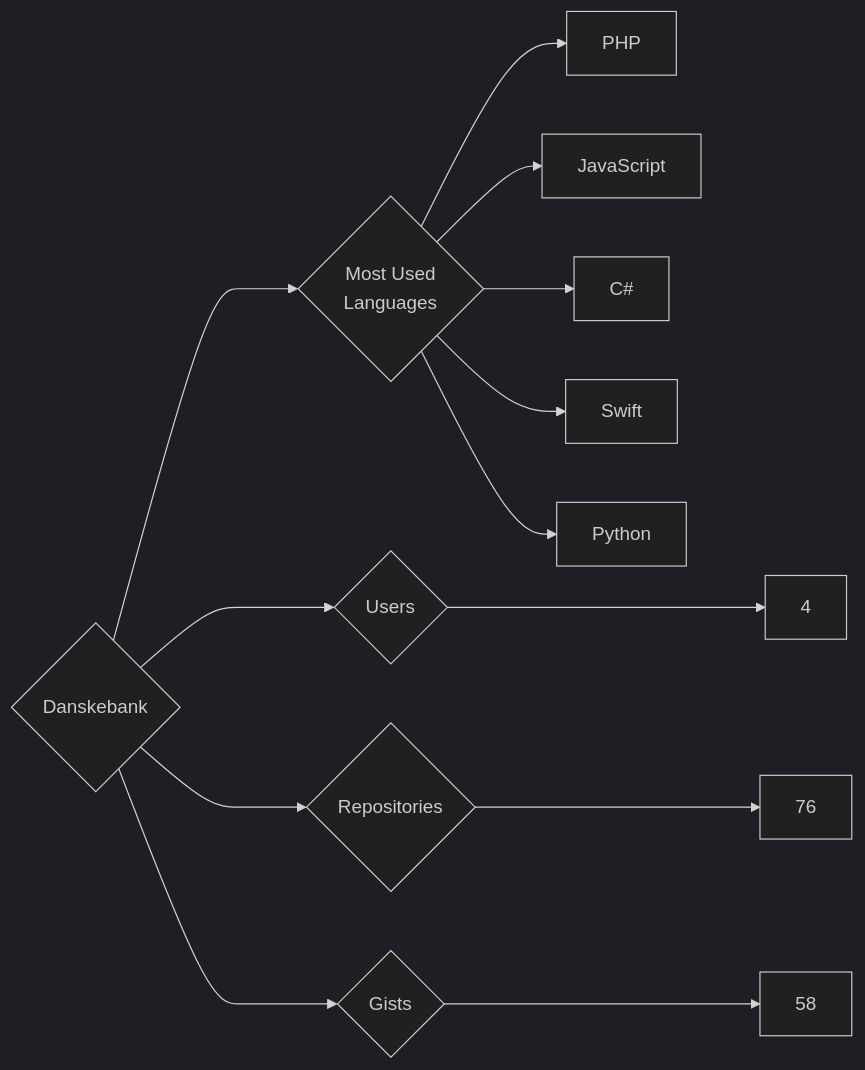
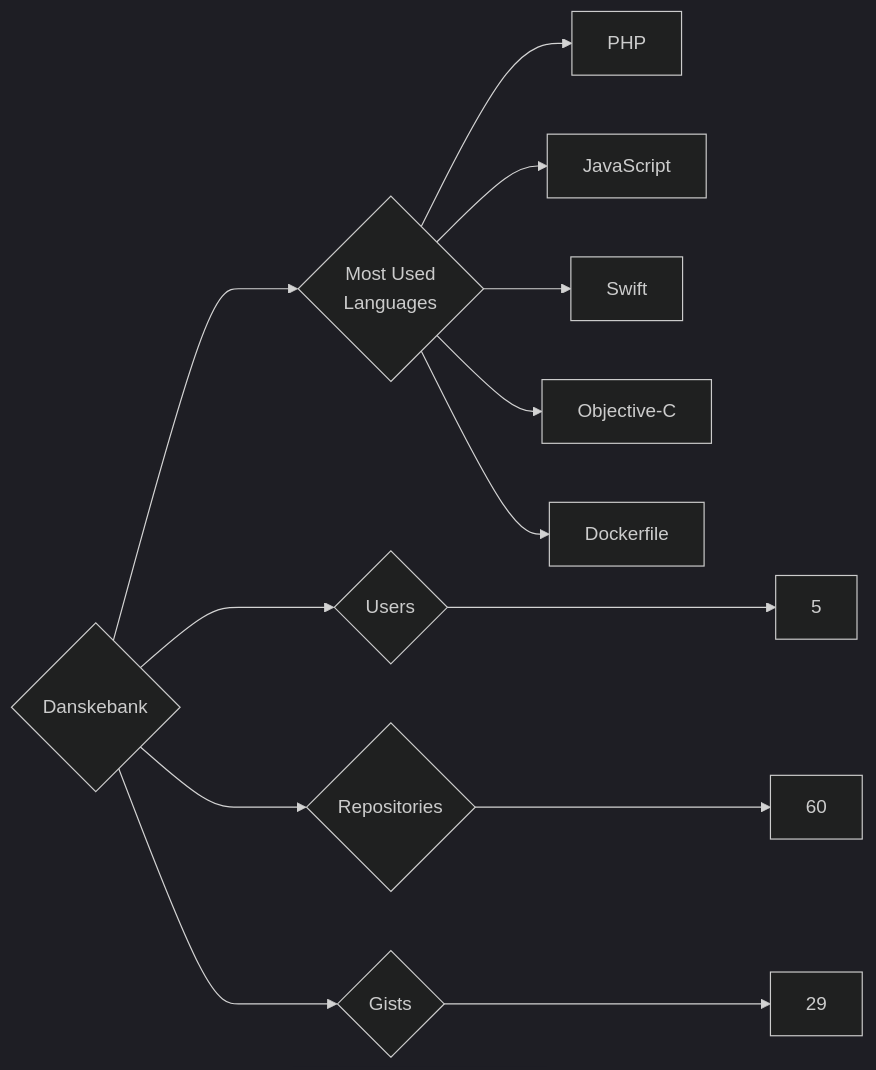
The diagram in targets/Danskebank/README.md (trickest/insiders), drawn with Mermaid (dark theme) before and after one commit. The commit also changed 1195 other files, not shown here.

````diff
--- a/targets/Danskebank/README.md
+++ b/targets/Danskebank/README.md
@@ -3,13 +3,13 @@
 ```mermaid
 graph LR
 COMPANY_NAME{Danskebank}
-COMPANY_NAME ---> U{Users} ---> UN[4]
-COMPANY_NAME ---> R{Repositories} ---> RN[76]
-COMPANY_NAME ---> G{Gists} ---> GN[58]
+COMPANY_NAME ---> U{Users} ---> UN[5]
+COMPANY_NAME ---> R{Repositories} ---> RN[60]
+COMPANY_NAME ---> G{Gists} ---> GN[29]
 COMPANY_NAME ---> ML{Most Used<br>Languages}
 ML --> PHP[PHP]
 ML --> JavaScript[JavaScript]
-ML --> C#[C#]
 ML --> Swift[Swift]
-ML --> Python[Python]
+ML --> Objective-C[Objective-C]
+ML --> Dockerfile[Dockerfile]
 ```
````
